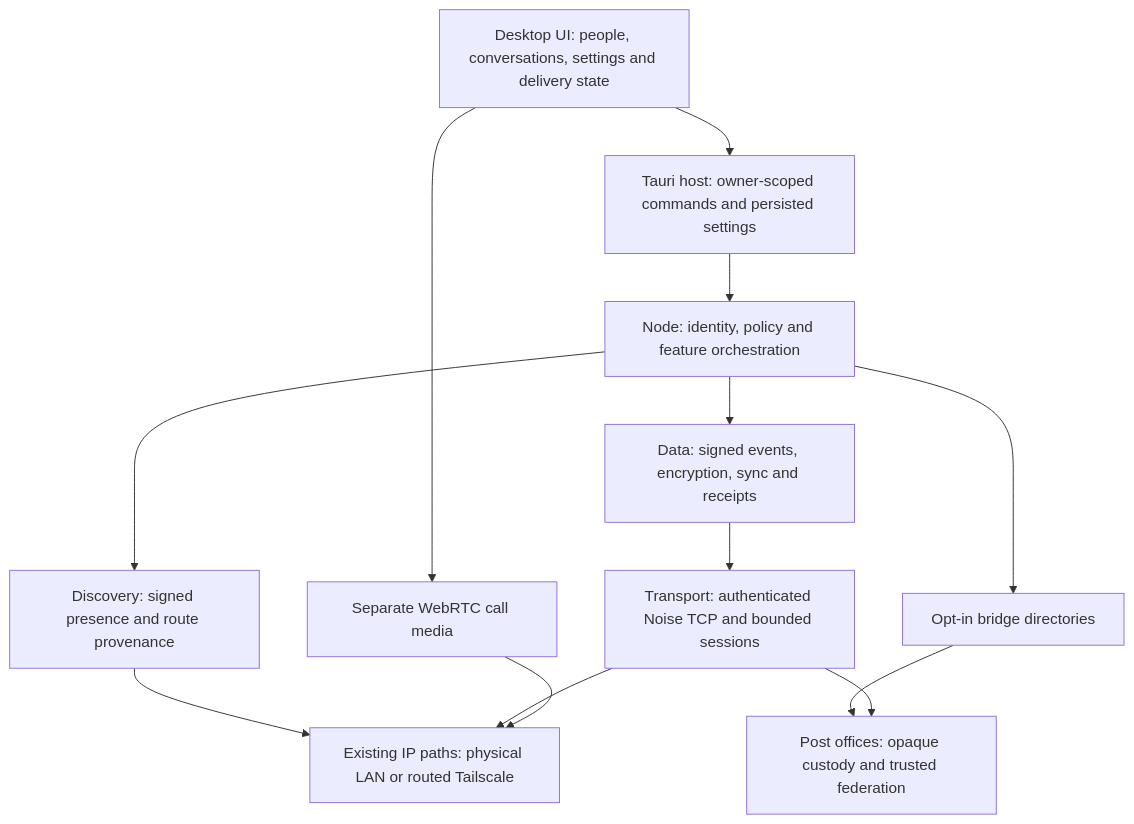
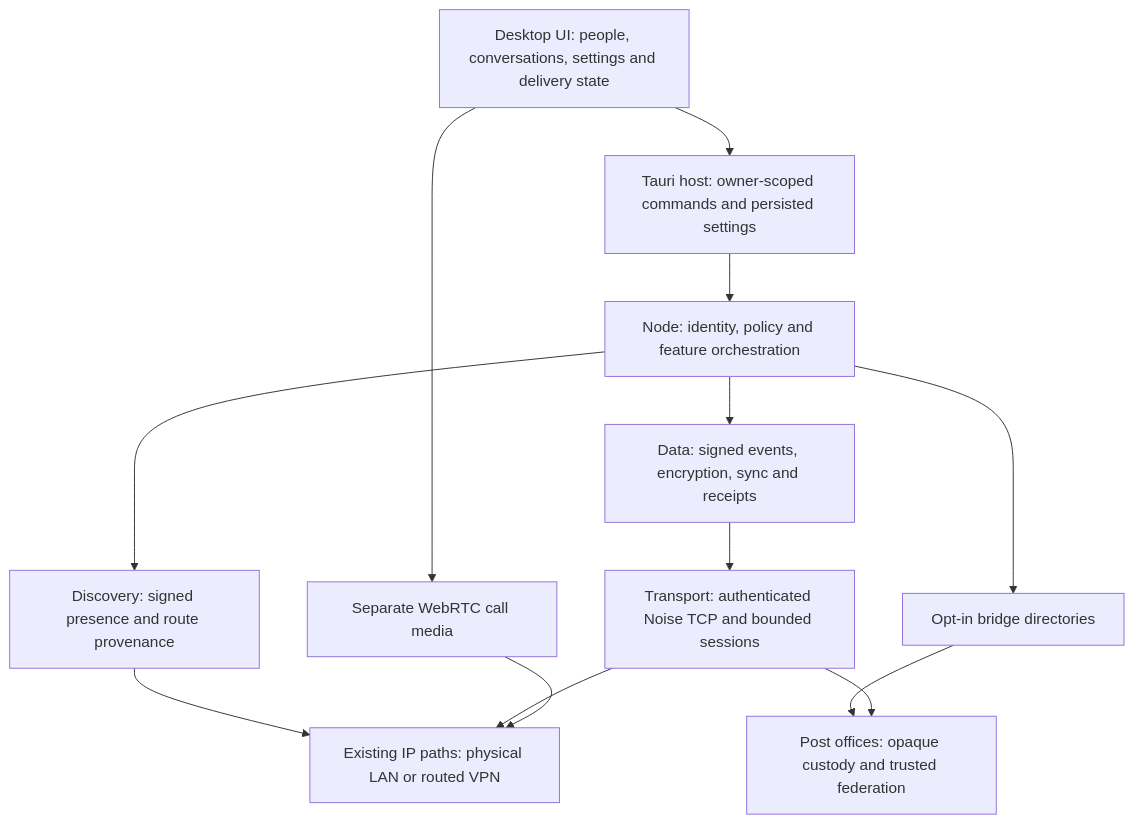
Before and after one commit to OctopusGarage/mesh-talk: the first of 43 diagrams in docs/network-design-reference.md, drawn with Mermaid. The commit also changed other lines of this file and 21 other files, not shown here.

````diff
--- a/docs/network-design-reference.md
+++ b/docs/network-design-reference.md
@@ -43,22 +43,22 @@
 ```mermaid
 flowchart TB
   UI[Desktop UI: people, conversations, settings and delivery state]
   HOST[Tauri host: owner-scoped commands and persisted settings]
   CORE[Node: identity, policy and feature orchestration]
   DISC[Discovery: signed presence and route provenance]
   DATA[Data: signed events, encryption, sync and receipts]
   SESS[Transport: authenticated Noise TCP and bounded sessions]
   DIR[Opt-in bridge directories]
   PO[Post offices: opaque custody and trusted federation]
-  IP[Existing IP paths: physical LAN or routed Tailscale]
+  IP[Existing IP paths: physical LAN or routed VPN]
   RTC[Separate WebRTC call media]
   UI --> HOST --> CORE
   CORE --> DISC
   CORE --> DATA --> SESS
   CORE --> DIR
   DIR --> PO
   SESS --> PO
   DISC --> IP
   SESS --> IP
   UI --> RTC --> IP
 ```
````
